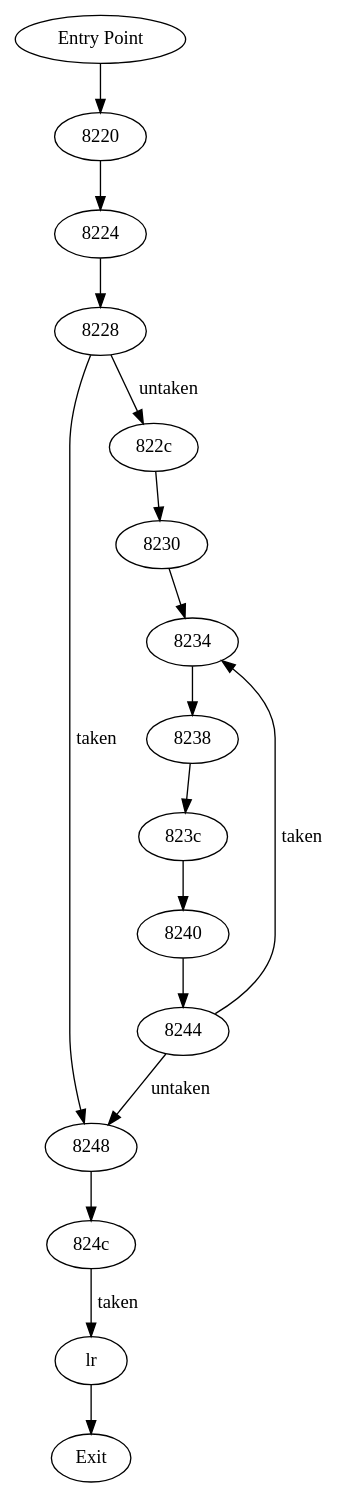
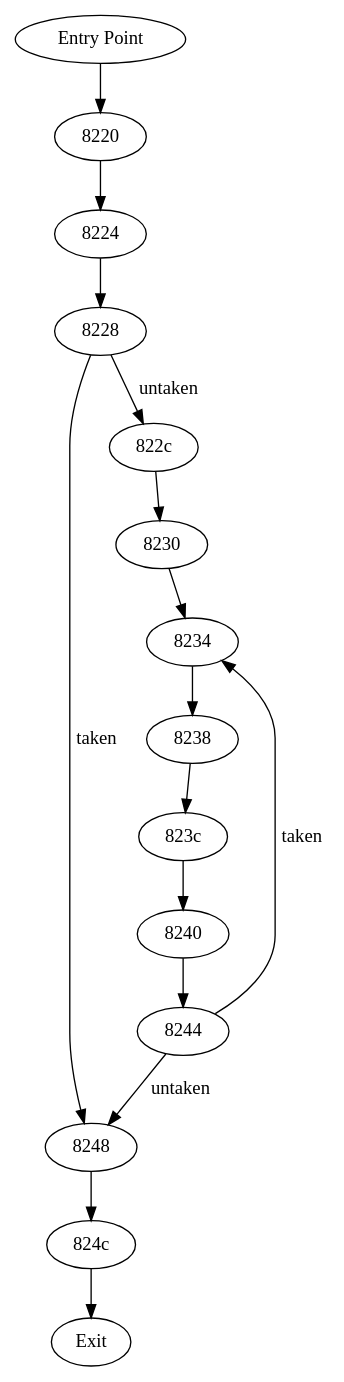
Before and after one commit to lorenzosin/TP_CFG: the diagram in CFG.dot, drawn with Graphviz. The commit also changed 3 other files, not shown here.

```diff
--- a/CFG.dot
+++ b/CFG.dot
@@ -1,29 +1,31 @@
 digraph ReconstructedCFG {
-	"Entry Point";	"Entry Point" -> "8220";	"8220";
+	"Entry Point";
+	"Entry Point" -> "8220";
+	"8220";
 	"8220" -> "8224" [label = ""] ;
 	"8224";
 	"8224" -> "8228" [label = ""] ;
 	"8228";
 	"8228" -> "8248" [label = "taken"] ;
 	"8228" -> "822c" [label = "untaken"] ;
 	"822c";
 	"822c" -> "8230" [label = ""] ;
 	"8230";
 	"8230" -> "8234" [label = ""] ;
 	"8234";
 	"8234" -> "8238" [label = ""] ;
 	"8238";
 	"8238" -> "823c" [label = ""] ;
 	"823c";
 	"823c" -> "8240" [label = ""] ;
 	"8240";
 	"8240" -> "8244" [label = ""] ;
 	"8244";
 	"8244" -> "8248" [label = "untaken"] ;
 	"8244" -> "8234" [label = "taken"] ;
 	"8248";
 	"8248" -> "824c" [label = ""] ;
 	"824c";
-	"824c" -> "lr" [label = "taken"] ;
-	"lr";
-	"Exit";	"lr" -> "Exit";}
+	"Exit";
+	"824c" -> "Exit";
+}
```
